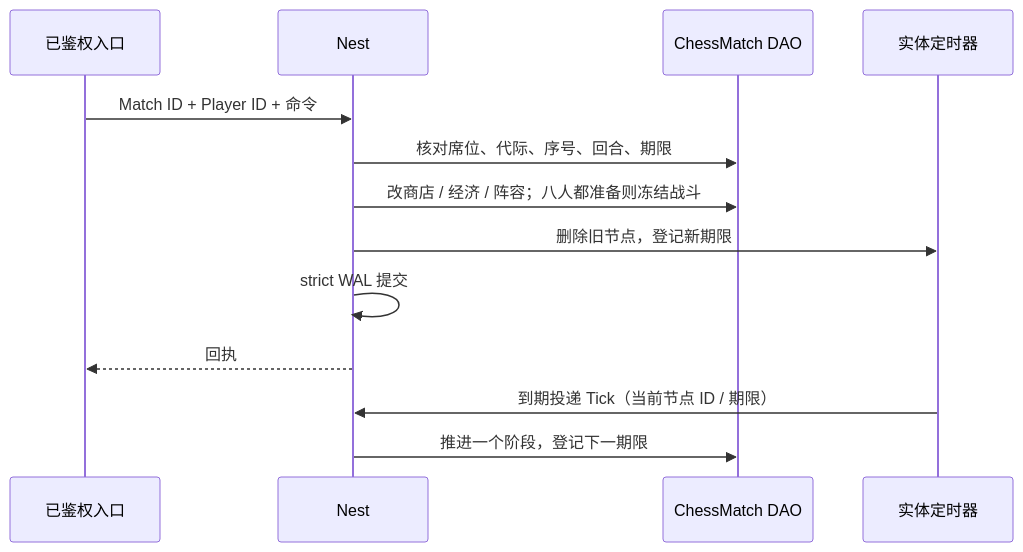
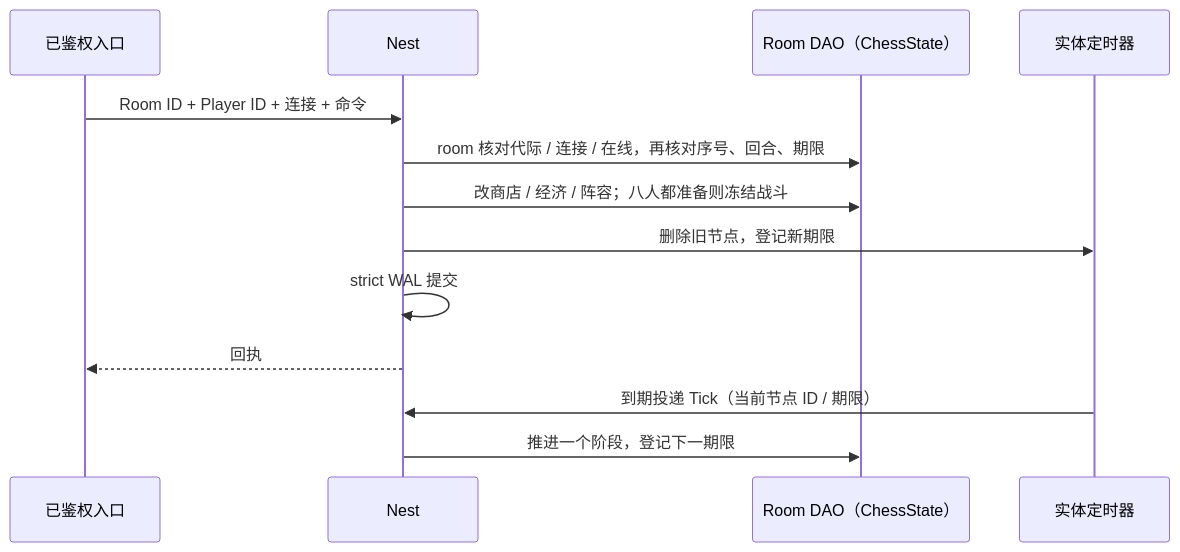
Before and after one commit to tjbdwanghaibo/roost-core: the second of 2 diagrams in docs/framework/AUTO-CHESS-INTEGRATION.md, drawn with Mermaid. The commit also changed other lines of this file and 33 other files, not shown here.

````diff
--- a/docs/framework/AUTO-CHESS-INTEGRATION.md
+++ b/docs/framework/AUTO-CHESS-INTEGRATION.md
@@ -167,15 +208,15 @@
 ```mermaid
 sequenceDiagram
     participant C as 已鉴权入口
     participant N as Nest
-    participant M as ChessMatch DAO
+    participant M as Room DAO（ChessState）
     participant T as 实体定时器
-    C->>N: Match ID + Player ID + 命令
-    N->>M: 核对席位、代际、序号、回合、期限
+    C->>N: Room ID + Player ID + 连接 + 命令
+    N->>M: room 核对代际 / 连接 / 在线，再核对序号、回合、期限
     N->>M: 改商店 / 经济 / 阵容；八人都准备则冻结战斗
     N->>T: 删除旧节点，登记新期限
     N->>N: strict WAL 提交
     N-->>C: 回执
     T->>N: 到期投递 Tick（当前节点 ID / 期限）
     N->>M: 推进一个阶段，登记下一期限
 ```
````
